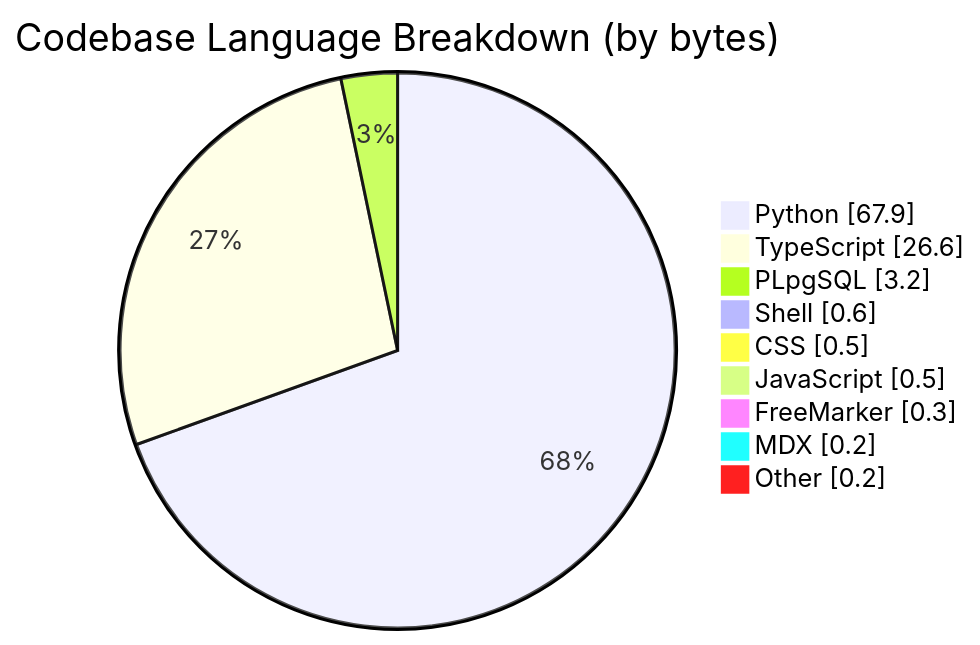
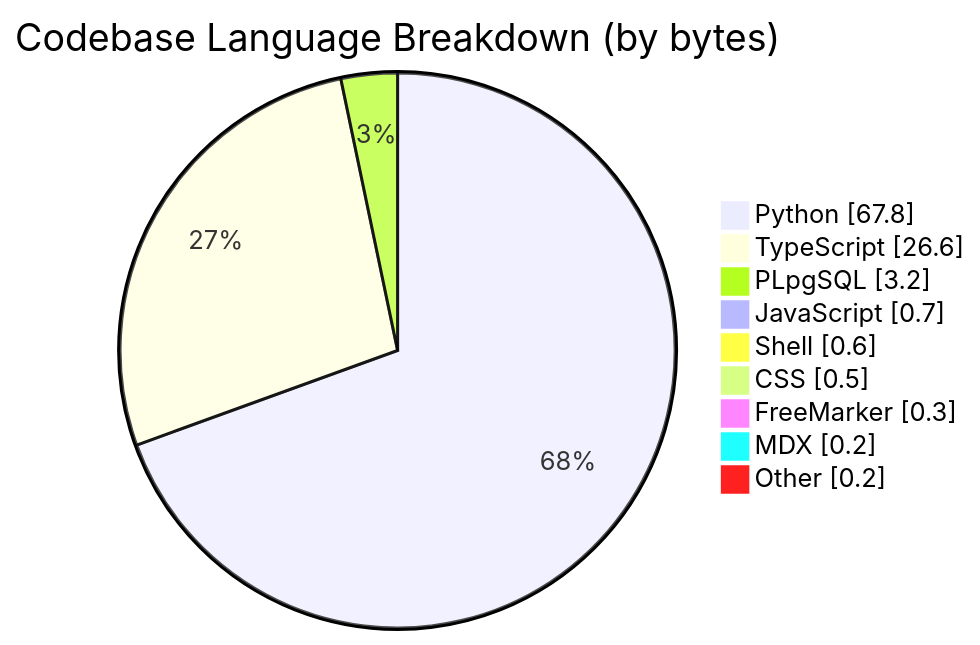
The third of 4 diagrams in profile/README.md (CSTH-Projects/.github), drawn with Mermaid before and after one commit. The commit also changed other lines of this file, not shown here.

````diff
--- a/profile/README.md
+++ b/profile/README.md
@@ -63,13 +63,13 @@
 ```mermaid
 pie showData
     title Codebase Language Breakdown (by bytes)
-    "Python" : 67.9
+    "Python" : 67.8
     "TypeScript" : 26.6
     "PLpgSQL" : 3.2
+    "JavaScript" : 0.7
     "Shell" : 0.6
     "CSS" : 0.5
-    "JavaScript" : 0.5
     "FreeMarker" : 0.3
     "MDX" : 0.2
     "Other" : 0.2
 ```
````
